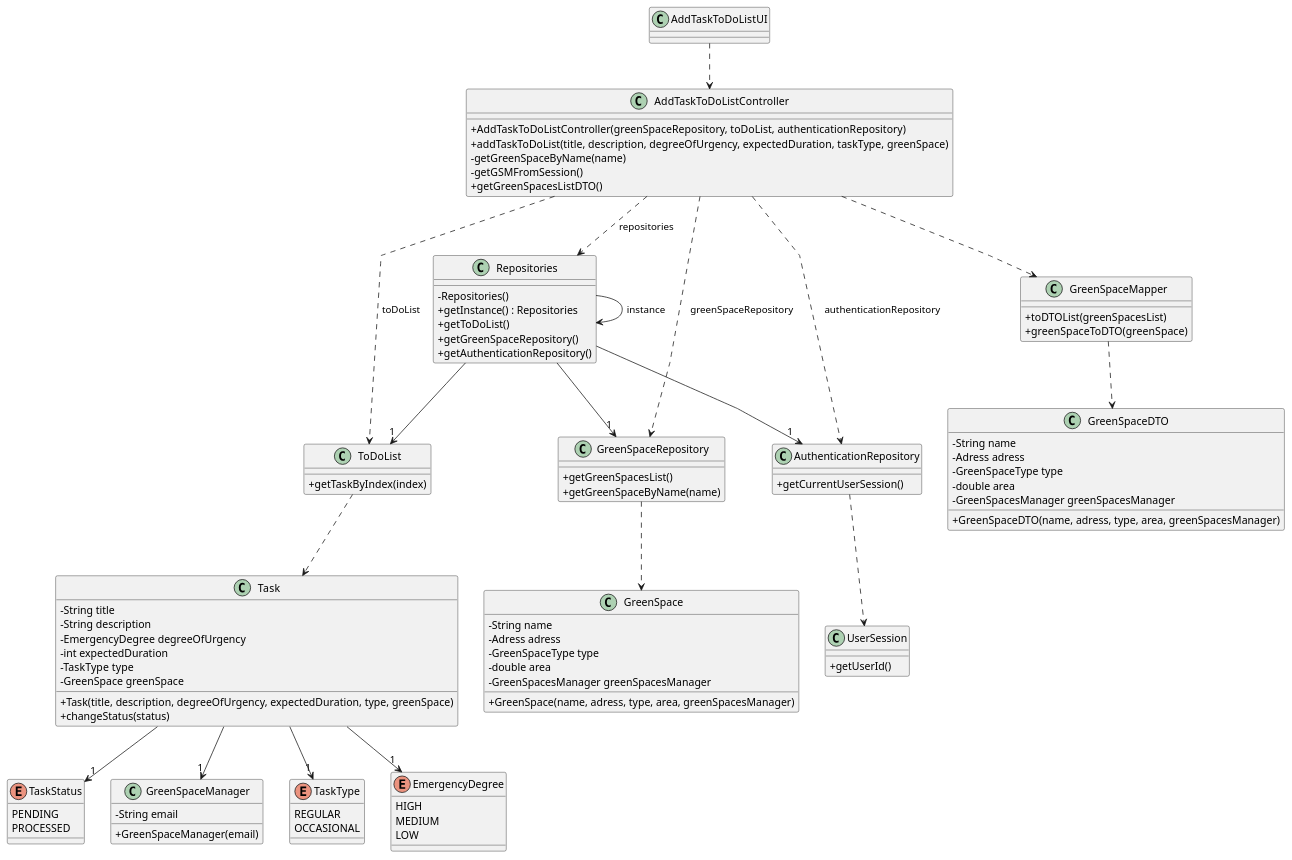
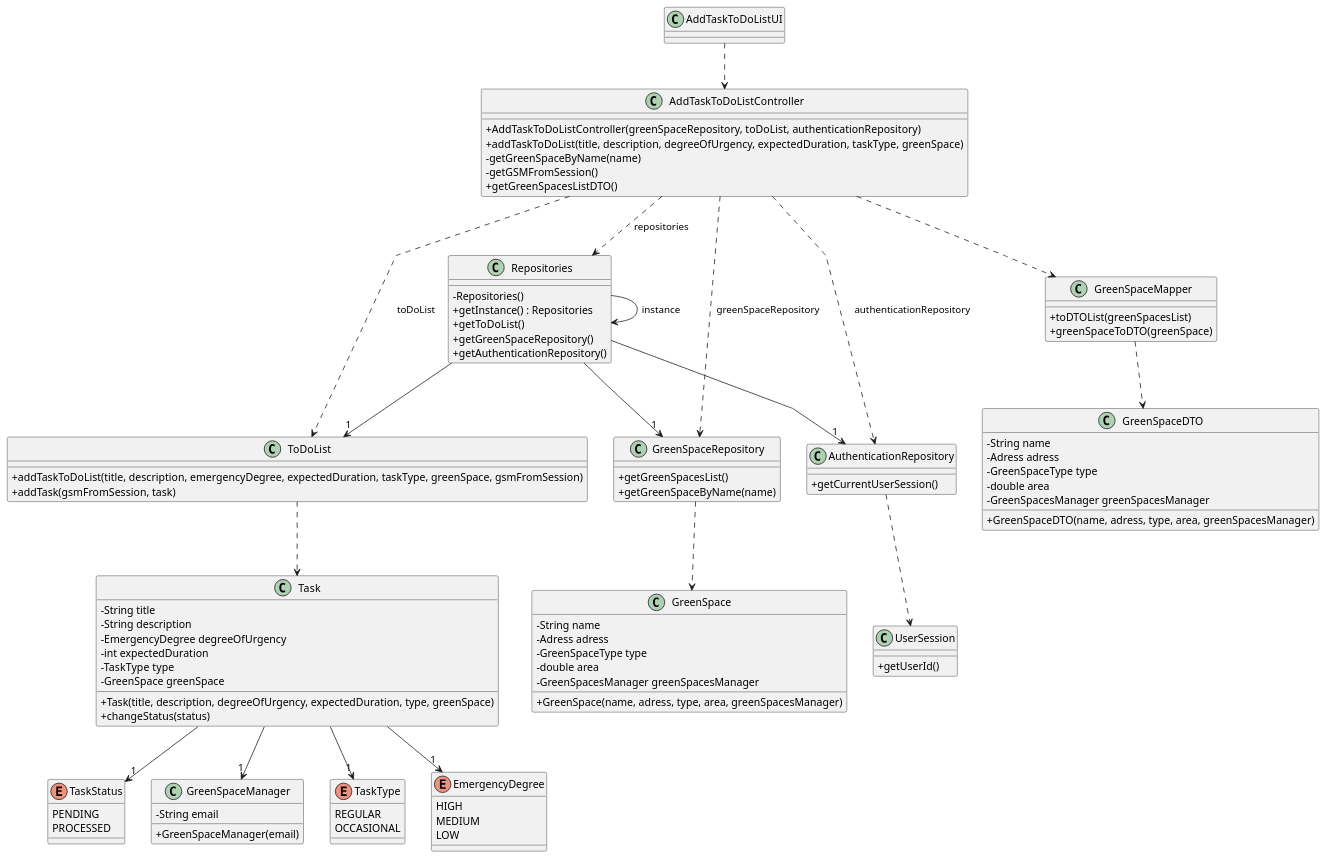
Before and after one commit to daniel41silva05/ISEP_2023_2024_LAPR2: the diagram in docs/sprintA&B&C/us021/03.design/puml/us021-class-diagram.puml, drawn with PlantUML. The commit also changed 6 other files, not shown here.

```diff
--- a/docs/sprintA&B&C/us021/03.design/puml/us021-class-diagram.puml
+++ b/docs/sprintA&B&C/us021/03.design/puml/us021-class-diagram.puml
@@ -1,122 +1,123 @@
 @startuml
 'skinparam monochrome true
 skinparam packageStyle rectangle
 skinparam shadowing false
 skinparam linetype polyline
 'skinparam linetype orto
 
 skinparam classAttributeIconSize 0
 
 'left to right direction
 
 class AddTaskToDoListUI {
 }
 
 class AddTaskToDoListController {
     +AddTaskToDoListController(greenSpaceRepository, toDoList, authenticationRepository)
     +addTaskToDoList(title, description, degreeOfUrgency, expectedDuration, taskType, greenSpace)
     -getGreenSpaceByName(name)
     -getGSMFromSession()
     +getGreenSpacesListDTO()
 }
 
 class ToDoList {
-    +getTaskByIndex(index)
+    +addTaskToDoList(title, description, emergencyDegree, expectedDuration, taskType, greenSpace, gsmFromSession)
+    +addTask(gsmFromSession, task)
 }
 
 class GreenSpace {
     -String name
         -Adress adress
         -GreenSpaceType type
         -double area
         -GreenSpacesManager greenSpacesManager
         +GreenSpace(name, adress, type, area, greenSpacesManager)
 }
 
 class Repositories{
     - Repositories()
     + getInstance() : Repositories
     + getToDoList()
     + getGreenSpaceRepository()
     + getAuthenticationRepository()
 }
 
 enum TaskStatus {
     PENDING
     PROCESSED
 }
 
 class Task {
     -String title
     -String description
     -EmergencyDegree degreeOfUrgency
     -int expectedDuration
     -TaskType type
     -GreenSpace greenSpace
     +Task(title, description, degreeOfUrgency, expectedDuration, type, greenSpace)
     +changeStatus(status)
 }
 
 class GreenSpaceRepository {
     +getGreenSpacesList()
     +getGreenSpaceByName(name)
 }
 
 class AuthenticationRepository {
     +getCurrentUserSession()
 }
 
 class UserSession {
     +getUserId()
 }
 
 class GreenSpaceManager {
     -String email
     +GreenSpaceManager(email)
 }
 
 enum TaskType {
     REGULAR
     OCCASIONAL
 }
 
 enum EmergencyDegree {
     HIGH
     MEDIUM
     LOW
 }
 
 class GreenSpaceDTO {
     -String name
     -Adress adress
     -GreenSpaceType type
     -double area
     -GreenSpacesManager greenSpacesManager
     +GreenSpaceDTO(name, adress, type, area, greenSpacesManager)
 }
 
 class GreenSpaceMapper {
     +toDTOList(greenSpacesList)
     +greenSpaceToDTO(greenSpace)
 }
 
 AddTaskToDoListUI ..> AddTaskToDoListController
 AddTaskToDoListController ..> Repositories: repositories
 AddTaskToDoListController ..> ToDoList: toDoList
 AddTaskToDoListController ..> AuthenticationRepository: authenticationRepository
 AddTaskToDoListController ..> GreenSpaceRepository: greenSpaceRepository
 GreenSpaceRepository ..> GreenSpace
 ToDoList ..> Task
 AuthenticationRepository ..> UserSession
 Repositories --> Repositories: instance
 Repositories --> "1" ToDoList
 Repositories --> "1" AuthenticationRepository
 Repositories --> "1" GreenSpaceRepository
 Task --> "1" EmergencyDegree
 Task --> "1" TaskStatus
 Task --> "1" GreenSpaceManager
 Task --> "1" TaskType
 AddTaskToDoListController ..> GreenSpaceMapper
 GreenSpaceMapper ..> GreenSpaceDTO
 
 @enduml
```
